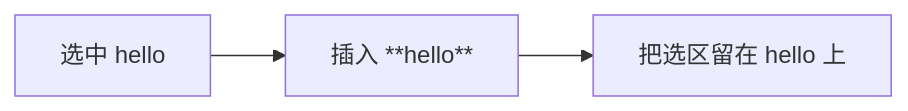
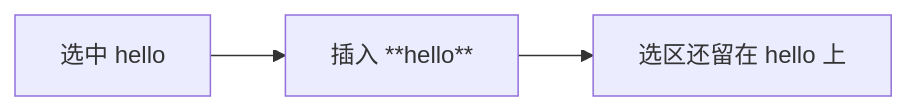
The second of 2 diagrams in dev-notes/cm6-from-0-to-1/10-给编辑器加命令和快捷键.md (swarm-apps/SwarmNote), drawn with Mermaid before and after one commit. The commit also changed other lines of this file and 9 other files, not shown here.

````diff
--- a/dev-notes/cm6-from-0-to-1/10-给编辑器加命令和快捷键.md
+++ b/dev-notes/cm6-from-0-to-1/10-给编辑器加命令和快捷键.md
@@ -111,5 +111,5 @@
 ```mermaid
 graph LR
     Before[选中 hello] --> Cmd[插入 **hello**]
-    Cmd --> Sel[把选区留在 hello 上]
+    Cmd --> Sel[选区还留在 hello 上]
 ```
````
